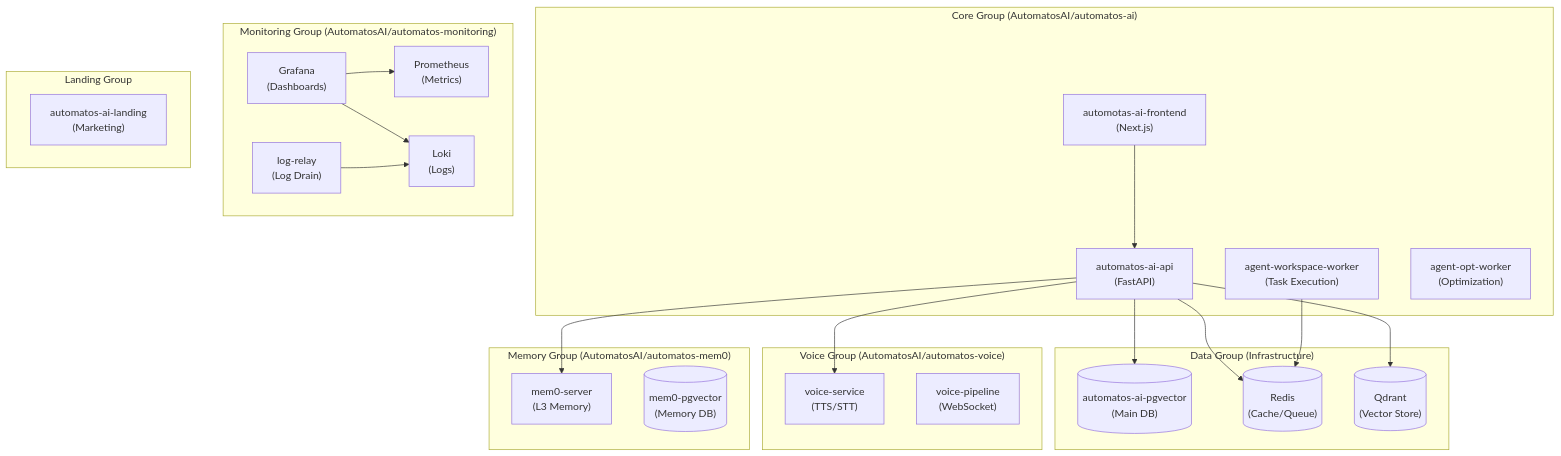
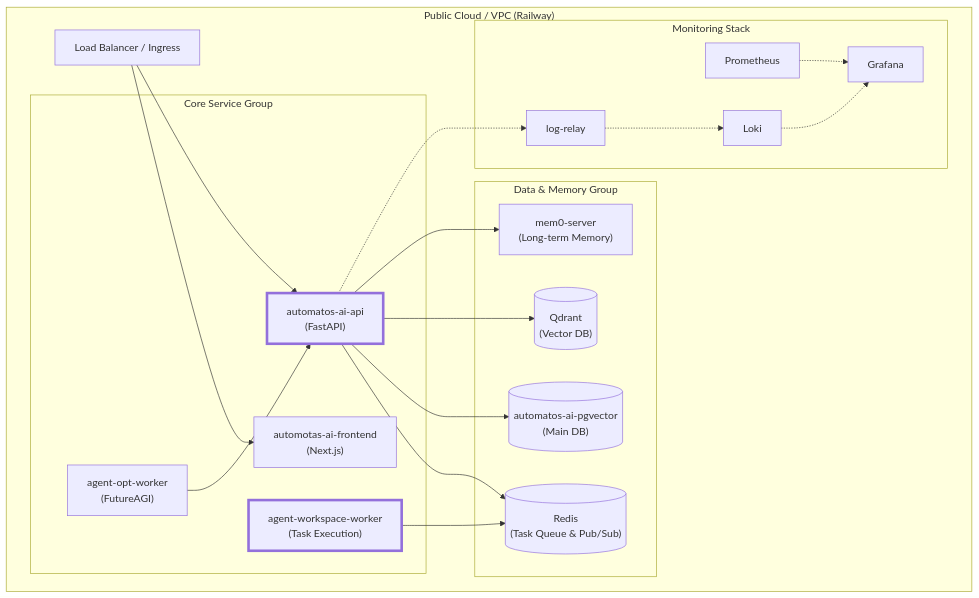
The first of 3 diagrams in docs/deployment-infrastructure/production-deployment.md (AutomatosAI/automatos-ai), drawn with Mermaid before and after one commit. The commit also changed other lines of this file and 153 other files, not shown here.

````diff
--- a/docs/deployment-infrastructure/production-deployment.md
+++ b/docs/deployment-infrastructure/production-deployment.md
@@ -42,47 +25,45 @@
 ```mermaid
-graph TD
-    subgraph "Core Group (AutomatosAI/automatos-ai)"
-        API["automatos-ai-api<br/>(FastAPI)"]
-        UI["automotas-ai-frontend<br/>(Next.js)"]
-        WW["agent-workspace-worker<br/>(Task Execution)"]
-        AOW["agent-opt-worker<br/>(Optimization)"]
+graph TB
+    subgraph "Public Cloud / VPC (Railway)"
+        LB["Load Balancer / Ingress"]
+        
+        subgraph "Core Service Group"
+            FE["automotas-ai-frontend<br/>(Next.js)"]
+            BE["automatos-ai-api<br/>(FastAPI)"]
+            WW["agent-workspace-worker<br/>(Task Execution)"]
+            AOW["agent-opt-worker<br/>(FutureAGI)"]
+        end
+        
+        subgraph "Data & Memory Group"
+            PG[("automatos-ai-pgvector<br/>(Main DB)")]
+            RD[("Redis<br/>(Task Queue & Pub/Sub)")]
+            QD[("Qdrant<br/>(Vector DB)")]
+            MS["mem0-server<br/>(Long-term Memory)"]
+        end
+
+        subgraph "Monitoring Stack"
+            PROM["Prometheus"]
+            GRAF["Grafana"]
+            LOKI["Loki"]
+            LR["log-relay"]
+        end
     end
 
-    subgraph "Data Group (Infrastructure)"
-        PG[("automatos-ai-pgvector<br/>(Main DB)")]
-        RD[("Redis<br/>(Cache/Queue)")]
-        QD[("Qdrant<br/>(Vector Store)")]
-    end
-
-    subgraph "Monitoring Group (AutomatosAI/automatos-monitoring)"
-        PROM["Prometheus<br/>(Metrics)"]
-        GRAF["Grafana<br/>(Dashboards)"]
-        LOKI["Loki<br/>(Logs)"]
-        LR["log-relay<br/>(Log Drain)"]
-    end
-
-    subgraph "Voice Group (AutomatosAI/automatos-voice)"
-        VS["voice-service<br/>(TTS/STT)"]
-        VP["voice-pipeline<br/>(WebSocket)"]
-    end
-
-    subgraph "Memory Group (AutomatosAI/automatos-mem0)"
-        MS["mem0-server<br/>(L3 Memory)"]
-        MPG[("mem0-pgvector<br/>(Memory DB)")]
-    end
-
-    subgraph "Landing Group"
-        LP["automatos-ai-landing<br/>(Marketing)"]
-    end
-
-    UI --> API
-    API --> PG
-    API --> RD
-    API --> QD
-    API --> MS
-    API --> VS
+    LB --> FE
+    LB --> BE
+    BE --> RD
+    BE --> PG
+    BE --> QD
+    BE --> MS
     WW --> RD
-    LR --> LOKI
-    GRAF --> PROM
-    GRAF --> LOKI
+    AOW --> BE
+    
+    %% Monitoring Flow
+    BE -.-> LR
+    LR -.-> LOKI
+    LOKI -.-> GRAF
+    PROM -.-> GRAF
+    
+    style BE stroke-width:4px
+    style WW stroke-width:4px
 ```
````
